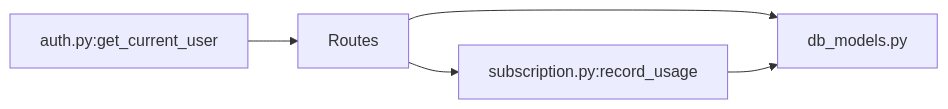
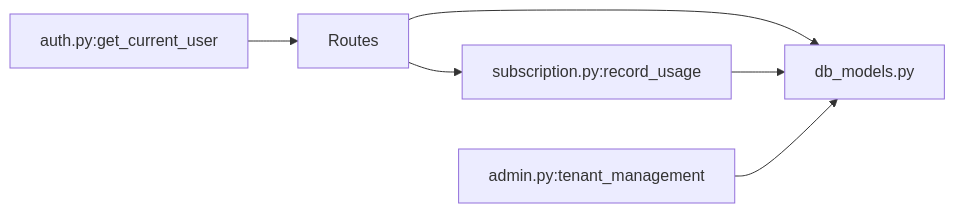
Before and after one commit to Revanththetalogics/aireume: the tenth of 10 diagrams in .qoder/repowiki/en/content/Database Design/Multi-Tenant Architecture.md, drawn with Mermaid. The commit also changed other lines of this file and 13 other files, not shown here.

````diff
--- a/.qoder/repowiki/en/content/Database Design/Multi-Tenant Architecture.md
+++ b/.qoder/repowiki/en/content/Database Design/Multi-Tenant Architecture.md
@@ -308,7 +484,8 @@
 ```mermaid
 graph LR
 Auth["auth.py:get_current_user"] --> Routes["Routes"]
 Routes --> Models["db_models.py"]
 Routes --> Svc["subscription.py:record_usage"]
 Svc --> Models
+Admin["admin.py:tenant_management"] --> Models
 ```
````
